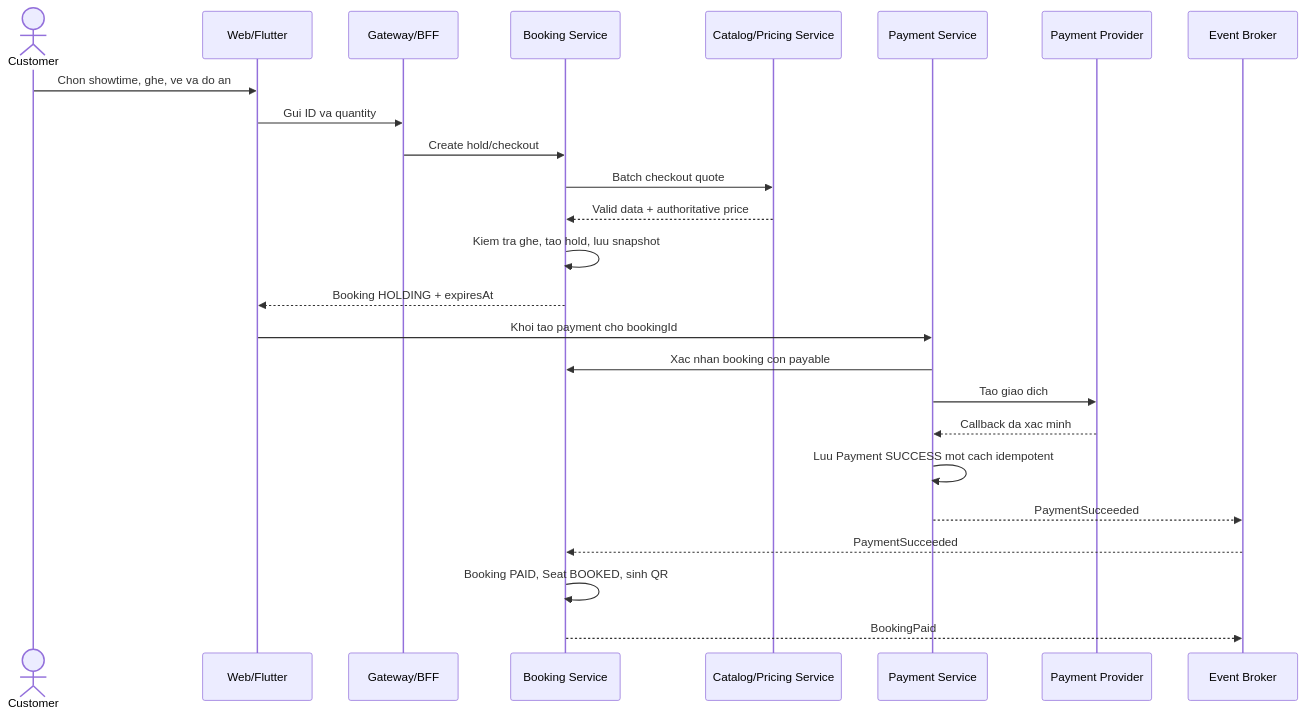
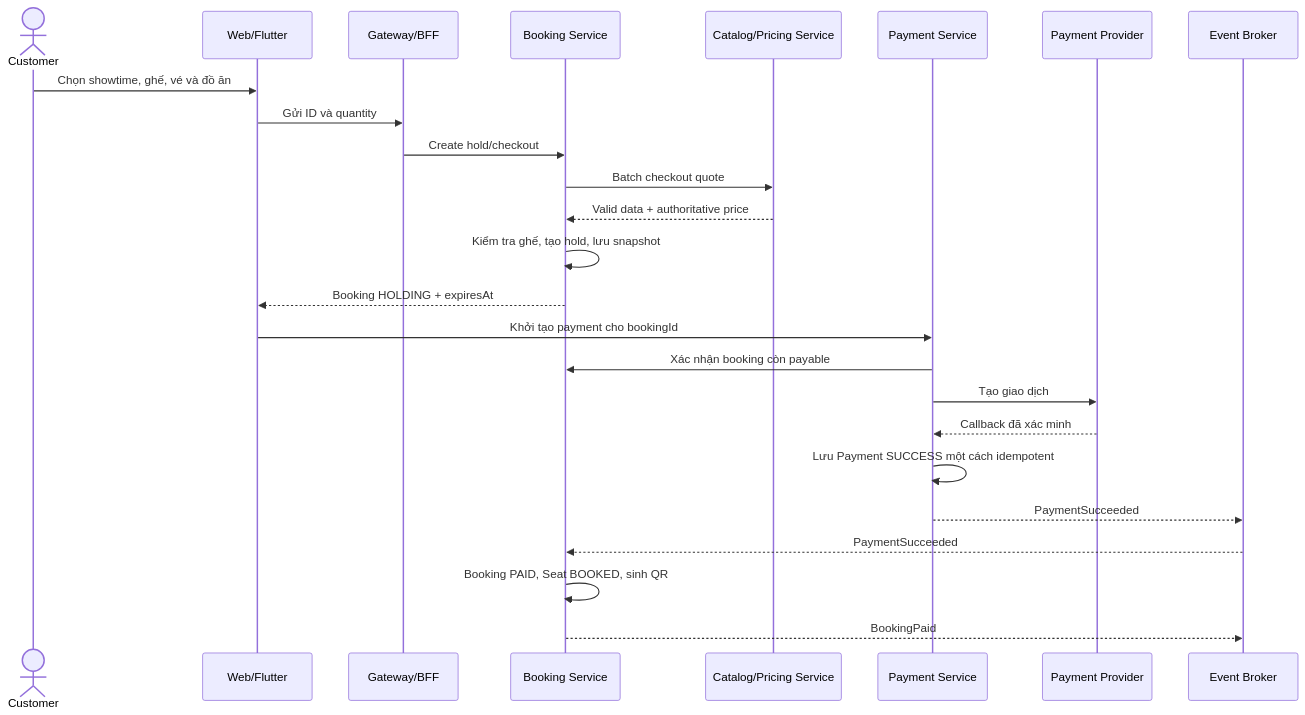
The third of 4 diagrams in docs/review-15-09/conceptual-microservices.md (MSS301-FA26/MSS301-Backend), drawn with Mermaid before and after one commit. The commit also changed other lines of this file and 1 other file, not shown here.

````diff
--- a/docs/review-15-09/conceptual-microservices.md
+++ b/docs/review-15-09/conceptual-microservices.md
@@ -275,28 +275,28 @@
 ```mermaid
 sequenceDiagram
     actor U as Customer
     participant C as Web/Flutter
     participant G as Gateway/BFF
     participant B as Booking Service
     participant K as Catalog/Pricing Service
     participant P as Payment Service
     participant V as Payment Provider
     participant E as Event Broker
 
-    U->>C: Chon showtime, ghe, ve va do an
-    C->>G: Gui ID va quantity
+    U->>C: Chọn showtime, ghế, vé và đồ ăn
+    C->>G: Gửi ID và quantity
     G->>B: Create hold/checkout
     B->>K: Batch checkout quote
     K-->>B: Valid data + authoritative price
-    B->>B: Kiem tra ghe, tao hold, luu snapshot
+    B->>B: Kiểm tra ghế, tạo hold, lưu snapshot
     B-->>C: Booking HOLDING + expiresAt
-    C->>P: Khoi tao payment cho bookingId
-    P->>B: Xac nhan booking con payable
-    P->>V: Tao giao dich
-    V-->>P: Callback da xac minh
-    P->>P: Luu Payment SUCCESS mot cach idempotent
+    C->>P: Khởi tạo payment cho bookingId
+    P->>B: Xác nhận booking còn payable
+    P->>V: Tạo giao dịch
+    V-->>P: Callback đã xác minh
+    P->>P: Lưu Payment SUCCESS một cách idempotent
     P-->>E: PaymentSucceeded
     E-->>B: PaymentSucceeded
     B->>B: Booking PAID, Seat BOOKED, sinh QR
     B-->>E: BookingPaid
 ```
````
